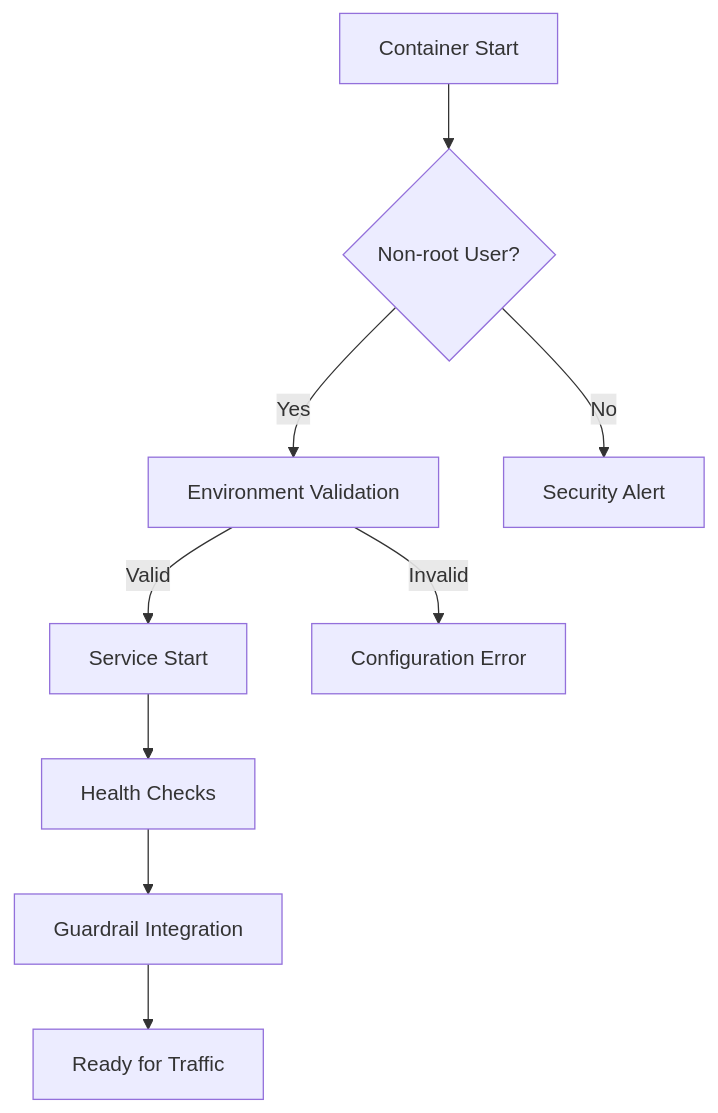
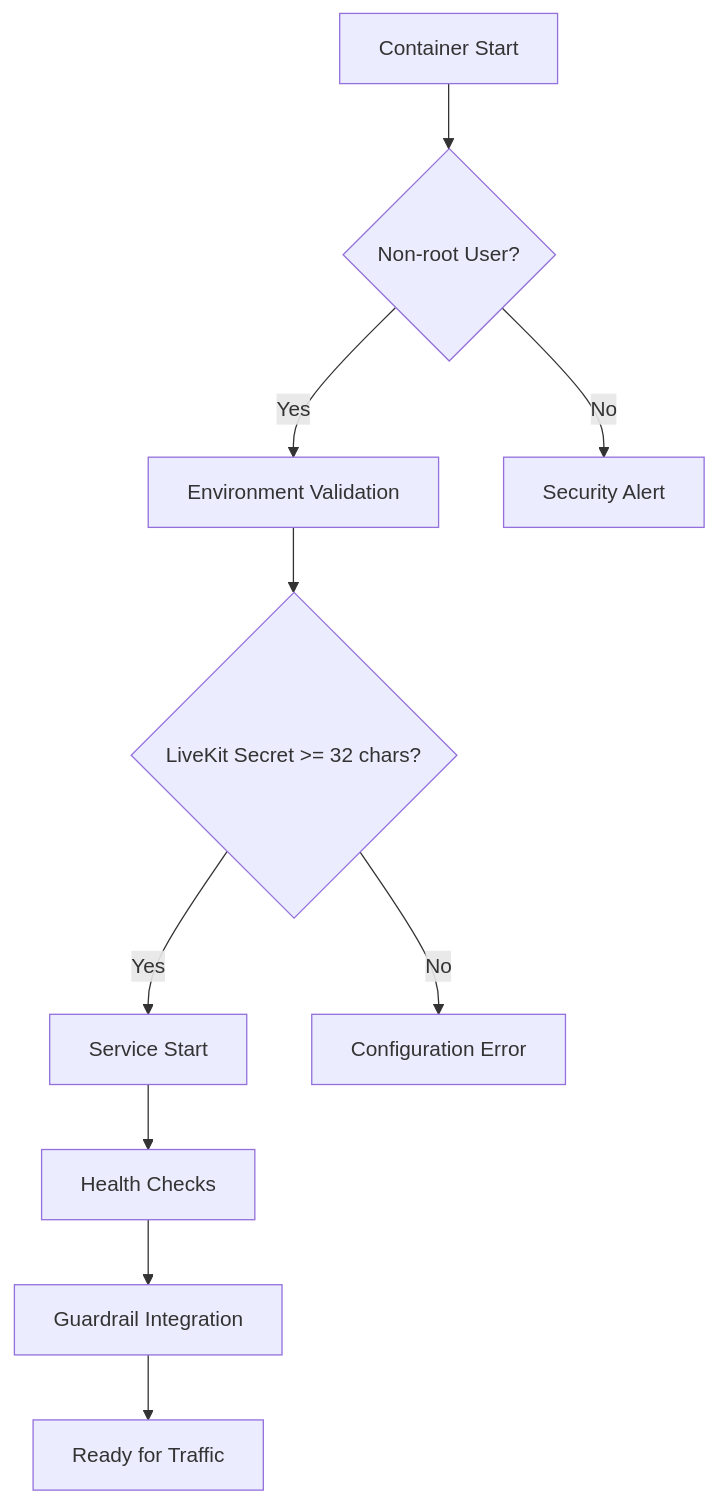
Before and after one commit to Revanththetalogics/aireume: the ninth of 14 diagrams in .qoder/repowiki/en/content/Advanced Topics/Security Hardening/Security Hardening.md, drawn with Mermaid. The commit also changed other lines of this file and 118 other files, not shown here.

````diff
--- a/.qoder/repowiki/en/content/Advanced Topics/Security Hardening/Security Hardening.md
+++ b/.qoder/repowiki/en/content/Advanced Topics/Security Hardening/Security Hardening.md
@@ -683,11 +778,12 @@
 ```mermaid
 flowchart TD
 Container["Container Start"] --> UserCheck{"Non-root User?"}
 UserCheck --> |Yes| EnvCheck["Environment Validation"]
 UserCheck --> |No| SecurityAlert["Security Alert"]
-EnvCheck --> |Valid| ServiceStart["Service Start"]
-EnvCheck --> |Invalid| ConfigError["Configuration Error"]
+EnvCheck --> SecretCheck{"LiveKit Secret >= 32 chars?"}
+SecretCheck --> |Yes| ServiceStart["Service Start"]
+SecretCheck --> |No| ConfigError["Configuration Error"]
 ServiceStart --> Health["Health Checks"]
 Health --> Guardrail["Guardrail Integration"]
 Guardrail --> Ready["Ready for Traffic"]
 ```
````
